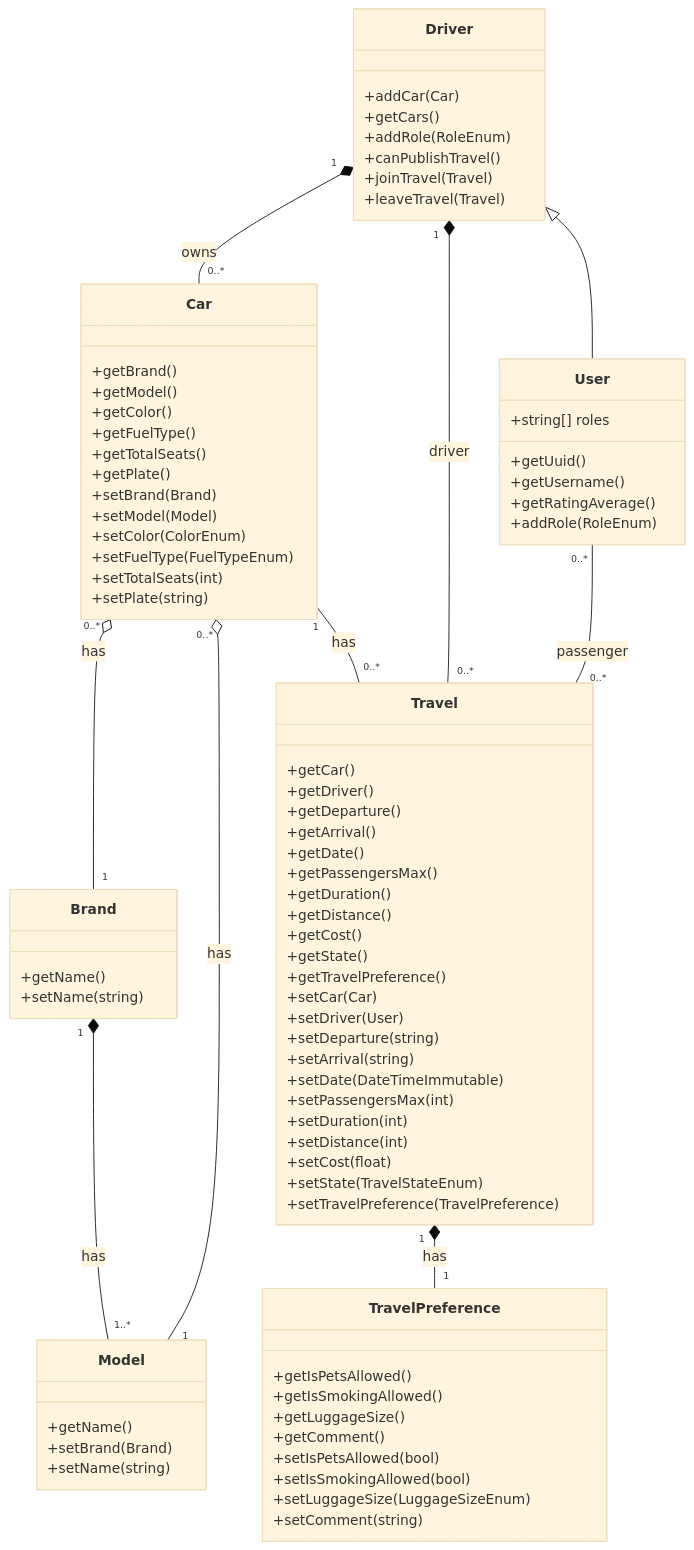
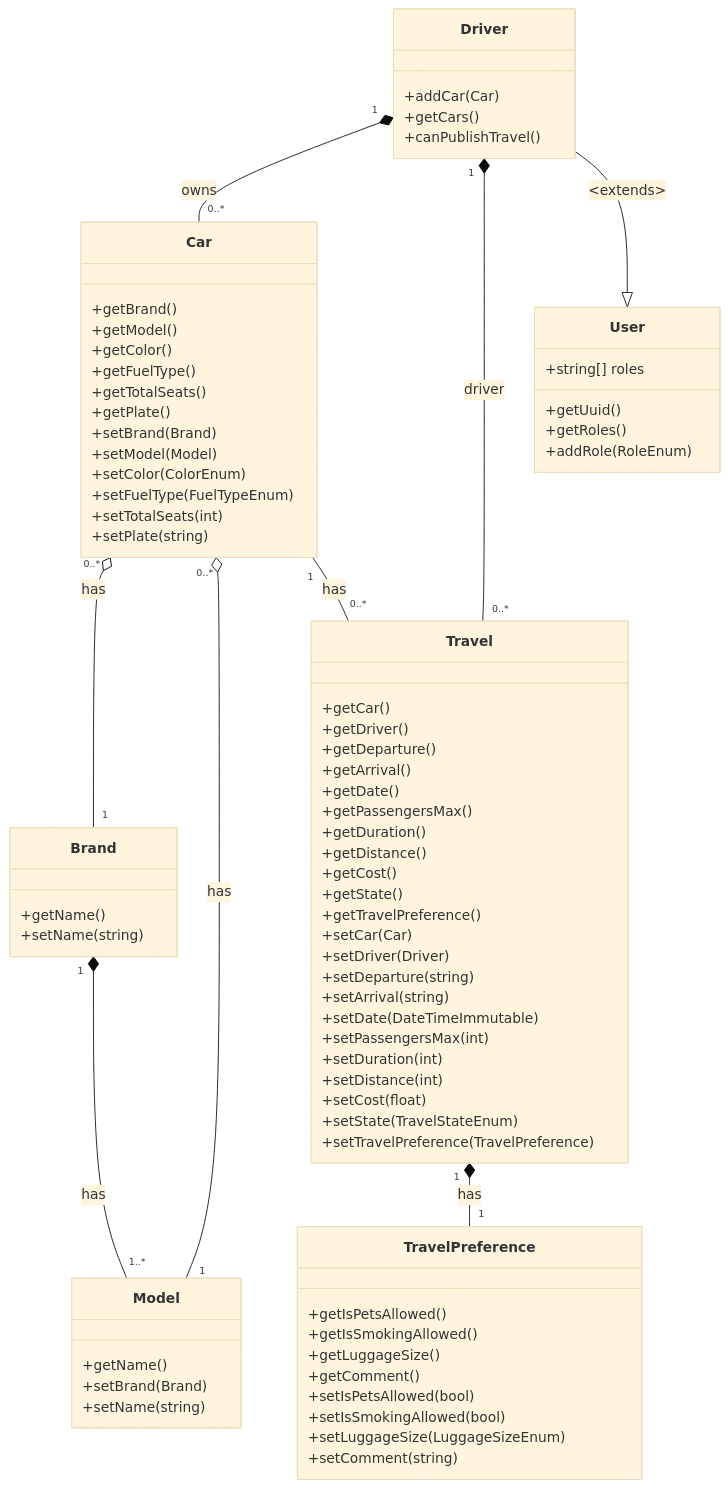
One commit to Anarchick/EcoRide changed the diagram in diagrams/class/travel_publish.mmd. Above: the diagram before and after it, drawn with Mermaid (base theme).

Commit message:
update class diagram

```diff
--- a/diagrams/class/travel_publish.mmd
+++ b/diagrams/class/travel_publish.mmd
@@ -1,83 +1,78 @@
 classDiagram
     Driver "1" *-- "0..*" Car : owns
     Driver "1" *-- "0..*" Travel : driver
-    User "0..*" -- "0..*" Travel : passenger
     Car "0..*" o-- "1" Brand : has
     Car "0..*" o-- "1" Model : has
     Car "1" -- "0..*" Travel : has
     Brand "1" *-- "1..*" Model : has
     Travel "1" *-- "1" TravelPreference : has
-    Driver <|-- User
+    Driver --|> User : &ltextends&gt
 
     class Driver {
         +addCar(Car)
         +getCars()
-        +addRole(RoleEnum)
         +canPublishTravel()
-        +joinTravel(Travel)
-        +leaveTravel(Travel)
     }
     class User {
         +string[] roles
         +getUuid()
-        +getUsername()
-        +getRatingAverage()
+        +getRoles()
         +addRole(RoleEnum)
     }
     class Car {
         +getBrand()
         +getModel()
         +getColor()
         +getFuelType()
         +getTotalSeats()
         +getPlate()
         +setBrand(Brand)
         +setModel(Model)
         +setColor(ColorEnum)
         +setFuelType(FuelTypeEnum)
         +setTotalSeats(int)
         +setPlate(string)
     }
     class Brand {
         +getName()
         +setName(string)
     }
     class Model {
         +getName()
         +setBrand(Brand)
         +setName(string)
     }
     class Travel {
         +getCar()
         +getDriver()
         +getDeparture()
         +getArrival()
         +getDate()
         +getPassengersMax()
         +getDuration()
         +getDistance()
         +getCost()
         +getState()
         +getTravelPreference()
         +setCar(Car)
-        +setDriver(User)
+        +setDriver(Driver)
         +setDeparture(string)
         +setArrival(string)
         +setDate(DateTimeImmutable)
         +setPassengersMax(int)
         +setDuration(int)
         +setDistance(int)
         +setCost(float)
         +setState(TravelStateEnum)
         +setTravelPreference(TravelPreference)
     }
     class TravelPreference {
         +getIsPetsAllowed()
         +getIsSmokingAllowed()
         +getLuggageSize()
         +getComment()
         +setIsPetsAllowed(bool)
         +setIsSmokingAllowed(bool)
         +setLuggageSize(LuggageSizeEnum)
         +setComment(string)
     }
```
